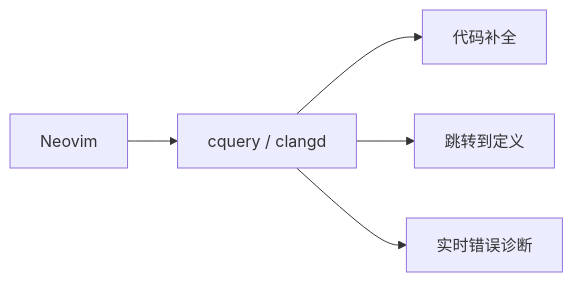
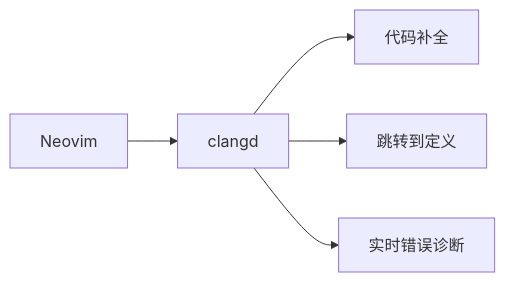
One commit to before80/prgms changed the first of 2 diagrams in content/C/basic/Chapter-02-Development-Environment.md. Above: the diagram before and after it, drawn with Mermaid. The commit also changed other lines of this file and 34 other files, not shown here.

````diff
--- a/content/C/basic/Chapter-02-Development-Environment.md
+++ b/content/C/basic/Chapter-02-Development-Environment.md
@@ -381,7 +382,7 @@
 ```mermaid
 flowchart LR
-    A["Neovim"] --> B["cquery / clangd"]
+    A["Neovim"] --> B["clangd"]
     B --> C["代码补全"]
     B --> D["跳转到定义"]
     B --> E["实时错误诊断"]
 ```
````
